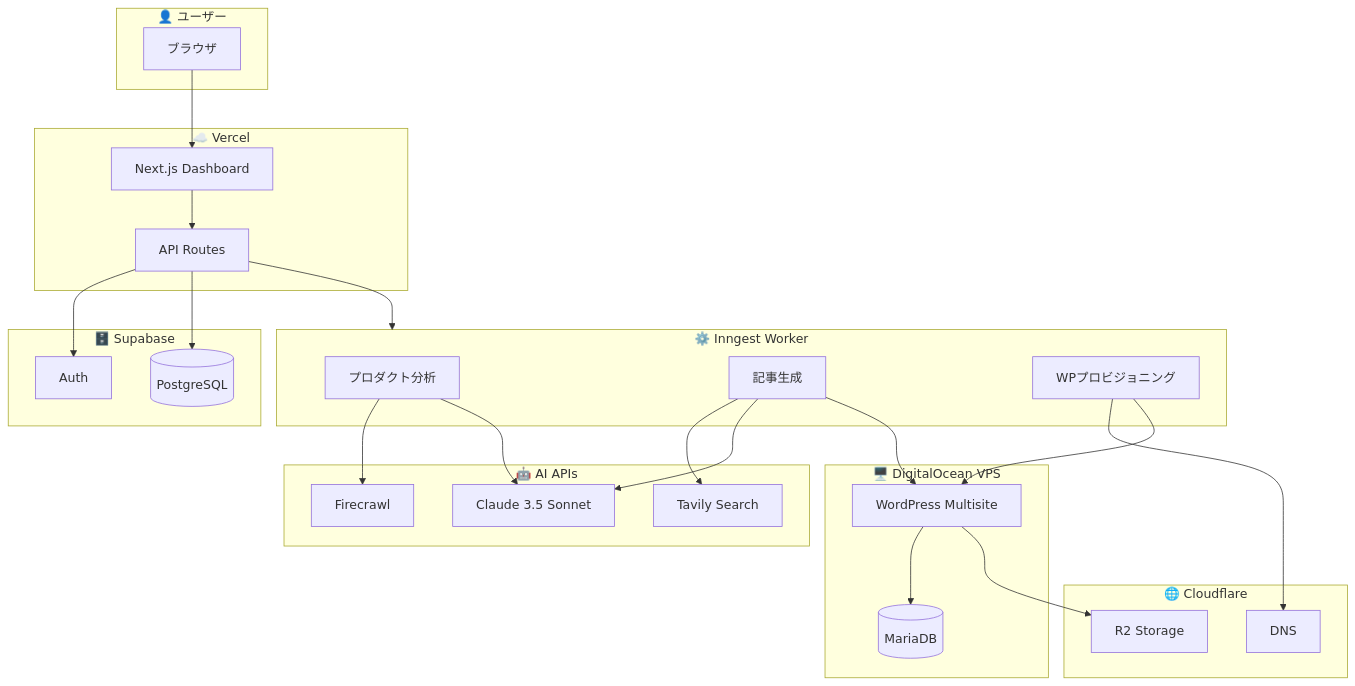
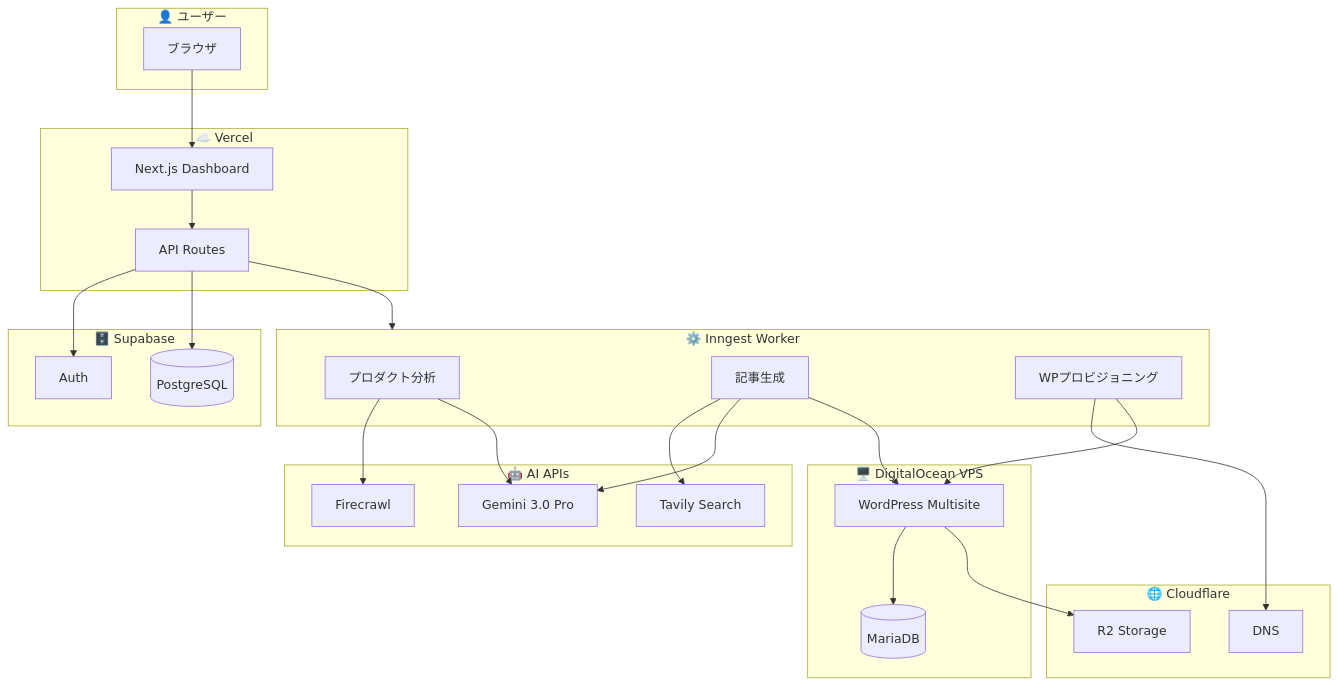
One commit to nakia73/AutoWordPress changed the diagram in docs/diagrams/03_system_architecture.mmd. Above: the diagram before and after it, drawn with Mermaid. The commit also changed 27 other files, not shown here.

```diff
--- a/docs/diagrams/03_system_architecture.mmd
+++ b/docs/diagrams/03_system_architecture.mmd
@@ -1,53 +1,53 @@
 flowchart TB
     subgraph User["👤 ユーザー"]
         Browser[ブラウザ]
     end
 
     subgraph Vercel["☁️ Vercel"]
         NextUI[Next.js Dashboard]
         NextAPI[API Routes]
     end
 
     subgraph Supabase["🗄️ Supabase"]
         Auth[Auth]
         DB[(PostgreSQL)]
     end
 
     subgraph Worker["⚙️ Inngest Worker"]
         Analyzer[プロダクト分析]
         Writer[記事生成]
         Provisioner[WPプロビジョニング]
     end
 
     subgraph AI["🤖 AI APIs"]
-        Claude[Claude 3.5 Sonnet]
+        Gemini[Gemini 3.0 Pro]
         Firecrawl[Firecrawl]
         Tavily[Tavily Search]
     end
 
     subgraph Infrastructure["🖥️ DigitalOcean VPS"]
         WP[WordPress Multisite]
         MariaDB[(MariaDB)]
     end
 
     subgraph CDN["🌐 Cloudflare"]
         DNS[DNS]
         R2[R2 Storage]
     end
 
     Browser --> NextUI
     NextUI --> NextAPI
     NextAPI --> Auth
     NextAPI --> DB
     NextAPI --> Worker
 
     Analyzer --> Firecrawl
-    Analyzer --> Claude
+    Analyzer --> Gemini
     Writer --> Tavily
-    Writer --> Claude
+    Writer --> Gemini
     Writer --> WP
 
     Provisioner --> DNS
     Provisioner --> WP
     WP --> MariaDB
     WP --> R2
```
